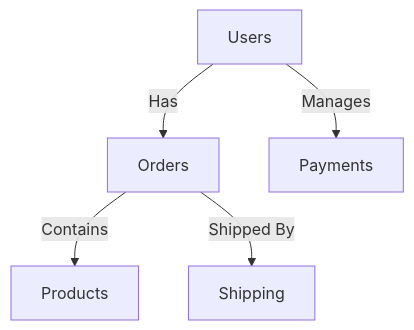
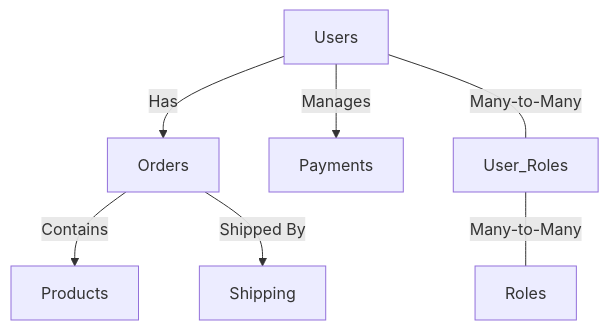
Before and after one commit to grzemaj444/lab: the diagram in readme.md, drawn with Mermaid. The commit also changed other lines of this file, not shown here.

````diff
--- a/readme.md
+++ b/readme.md
@@ -47,7 +47,9 @@
 ```mermaid
 graph TD;
   A[Users] -->|Has| B[Orders];
   B -->|Contains| C[Products];
   A -->|Manages| D[Payments];
   B -->|Shipped By| E[Shipping];
+  A ---|Many-to-Many| F[User_Roles];
+  F ---|Many-to-Many| G[Roles];
 ```
````
